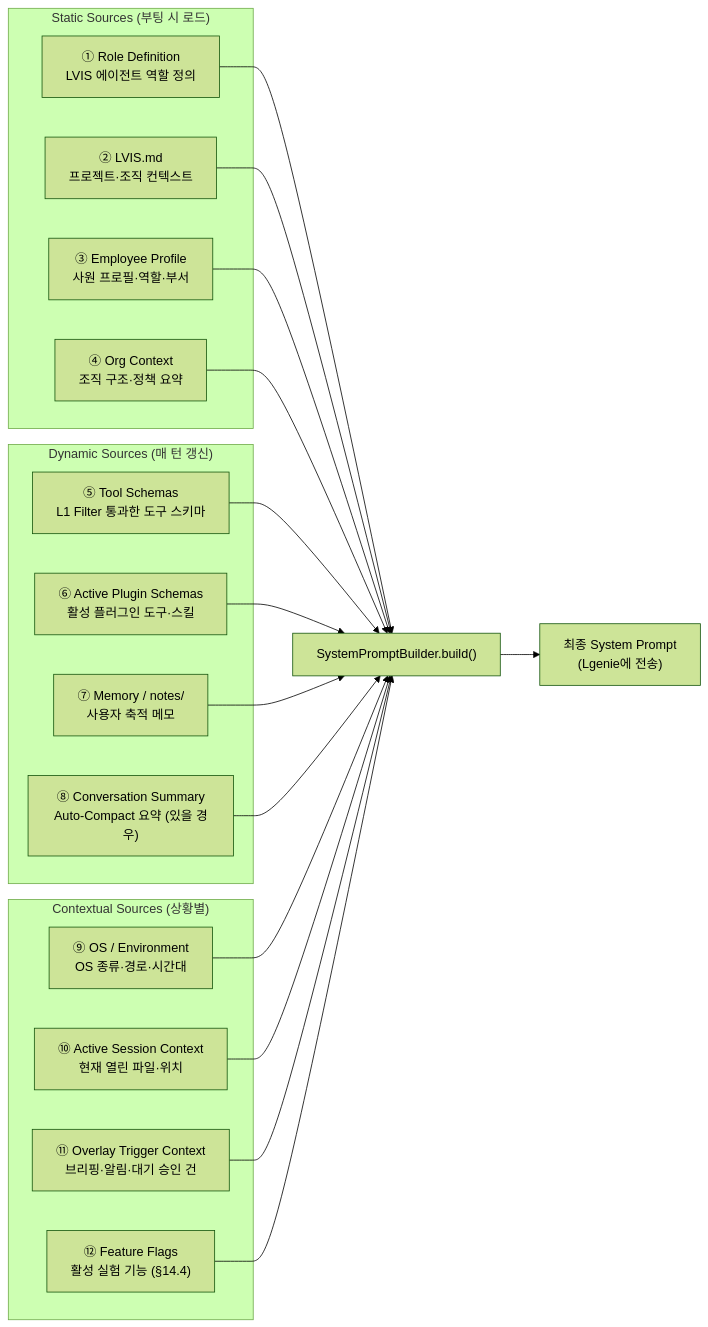
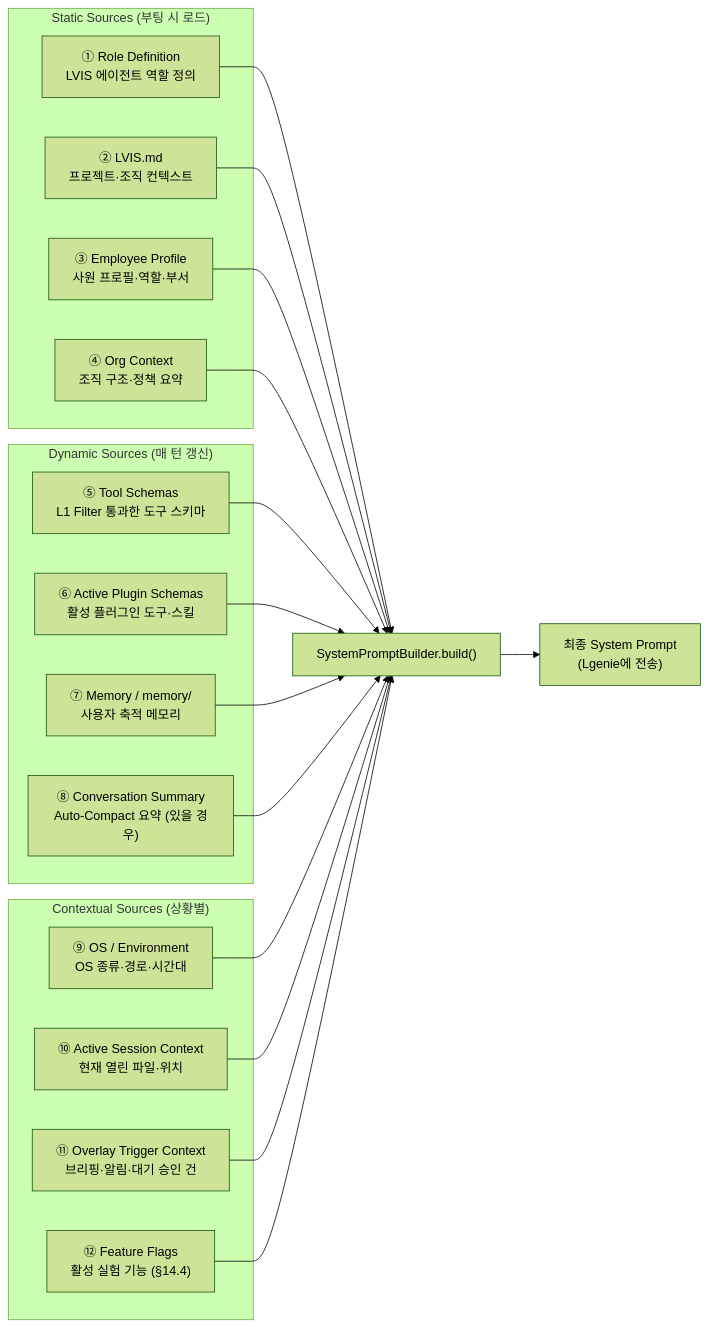
Before and after one commit to lvis-project/lvis-app: diagram 14 of 44 in docs/architecture/architecture.md, drawn with Mermaid (forest theme). The commit also changed other lines of this file and 56 other files, not shown here.

````diff
--- a/docs/architecture/architecture.md
+++ b/docs/architecture/architecture.md
@@ -965,38 +965,38 @@
 ```mermaid
 flowchart LR
     subgraph "Static Sources (부팅 시 로드)"
         S1["① Role Definition<br/>LVIS 에이전트 역할 정의"]
         S2["② LVIS.md<br/>프로젝트·조직 컨텍스트"]
         S3["③ Employee Profile<br/>사원 프로필·역할·부서"]
         S4["④ Org Context<br/>조직 구조·정책 요약"]
     end
 
     subgraph "Dynamic Sources (매 턴 갱신)"
         S5["⑤ Tool Schemas<br/>L1 Filter 통과한 도구 스키마"]
         S6["⑥ Active Plugin Schemas<br/>활성 플러그인 도구·스킬"]
-        S7["⑦ Memory / notes/<br/>사용자 축적 메모"]
+        S7["⑦ Memory / memory/<br/>사용자 축적 메모리"]
         S8["⑧ Conversation Summary<br/>Auto-Compact 요약 (있을 경우)"]
     end
 
     subgraph "Contextual Sources (상황별)"
         S9["⑨ OS / Environment<br/>OS 종류·경로·시간대"]
         S10["⑩ Active Session Context<br/>현재 열린 파일·위치"]
         S11["⑪ Overlay Trigger Context<br/>브리핑·알림·대기 승인 건"]
         S12["⑫ Feature Flags<br/>활성 실험 기능 (§14.4)"]
     end
 
     S1 --> BUILD["SystemPromptBuilder.build()"]
     S2 --> BUILD
     S3 --> BUILD
     S4 --> BUILD
     S5 --> BUILD
     S6 --> BUILD
     S7 --> BUILD
     S8 --> BUILD
     S9 --> BUILD
     S10 --> BUILD
     S11 --> BUILD
     S12 --> BUILD
 
     BUILD --> PROMPT["최종 System Prompt<br/>(Lgenie에 전송)"]
 ```
````
